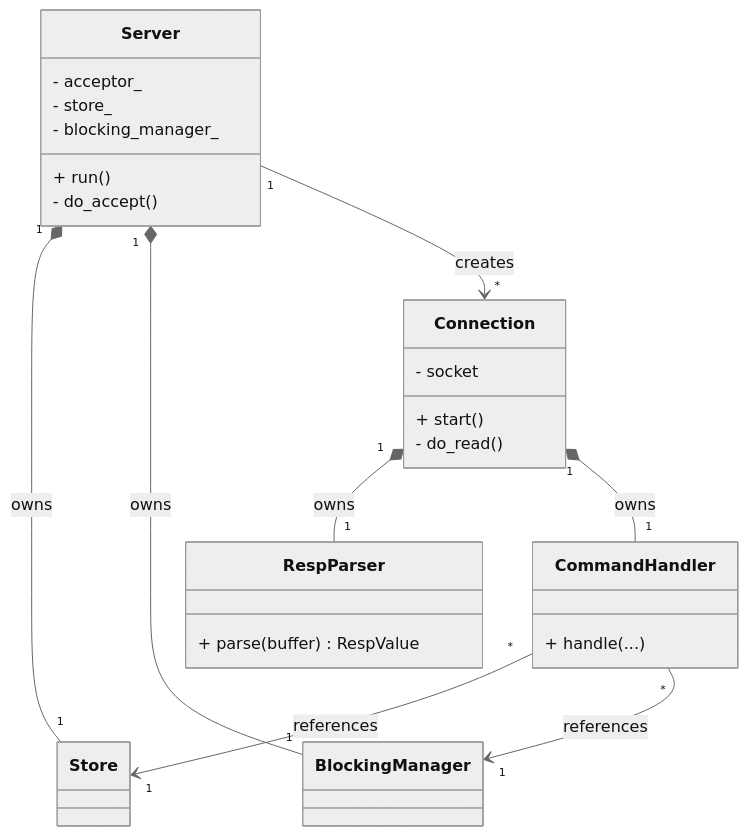
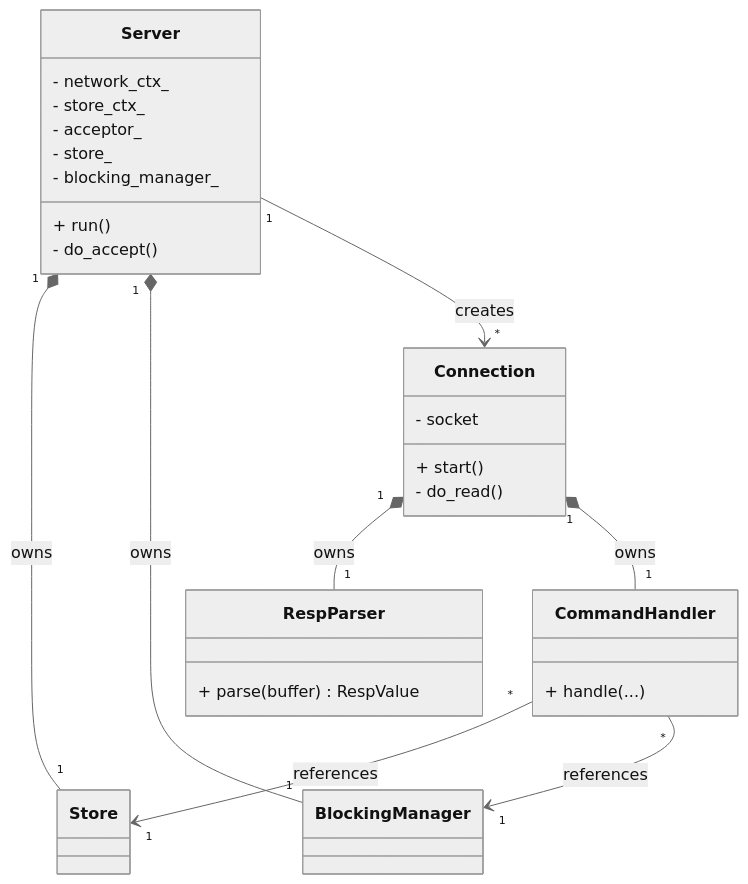
One commit to fgulde/redis-clone changed the first of 2 diagrams in README.md. Above: the diagram before and after it, drawn with Mermaid (neutral theme). The commit also changed other lines of this file and 35 other files, not shown here.

````diff
--- a/README.md
+++ b/README.md
@@ -78,31 +83,33 @@
 ```mermaid
 classDiagram
     class Server {
+        - network_ctx_
+        - store_ctx_
         - acceptor_
         - store_
         - blocking_manager_
         + run()
         - do_accept()
     }
     class Connection {
         - socket
         + start()
         - do_read()
     }
     class RespParser {
         + parse(buffer) RespValue
     }
     class CommandHandler {
         + handle(...)
     }
     class Store
     class BlockingManager
     
     Server "1" *-- "1" Store : owns
     Server "1" *-- "1" BlockingManager : owns
     Server "1" --> "*" Connection : creates
     Connection "1" *-- "1" RespParser : owns
     Connection "1" *-- "1" CommandHandler : owns
     CommandHandler "*" --> "1" Store : references
     CommandHandler "*" --> "1" BlockingManager : references
 ```
````
